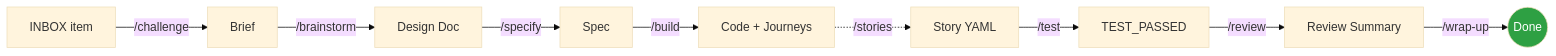
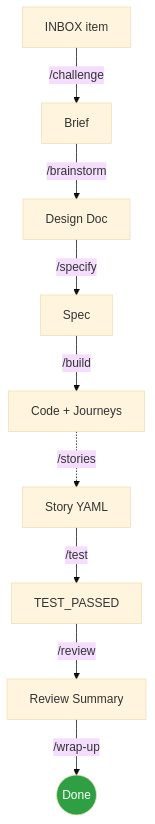
The second of 2 diagrams in README.md (thomasholknielsen/claude-tweaks), drawn with Mermaid (base theme) before and after one commit. The commit also changed other lines of this file, not shown here.

Commit message:
Switch Mermaid diagrams from LR to TD for better readability
Horizontal layout squished 9 nodes into tiny boxes. Top-down
layout uses full width and renders at a readable size.

````diff
--- a/README.md
+++ b/README.md
@@ -323,13 +323,13 @@
 ```mermaid
-graph LR
+graph TD
   inbox["INBOX item"] -->|/challenge| brief["Brief"]
   brief -->|/brainstorm| design["Design Doc"]
   design -->|/specify| spec["Spec"]
   spec -->|/build| code["Code + Journeys"]
   code -.->|/stories| yaml["Story YAML"]
   yaml -->|/test| pass["TEST_PASSED"]
   pass -->|/review| summary["Review Summary"]
   summary -->|/wrap-up| done(("Done"))
 
   style done fill:#2ea043,color:#fff
 ```
````
